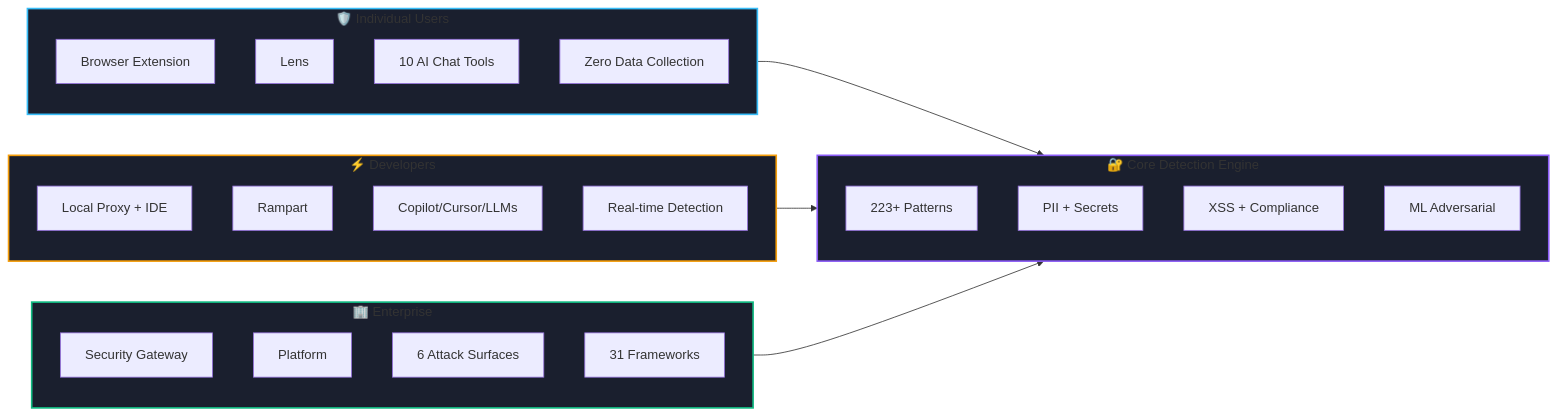
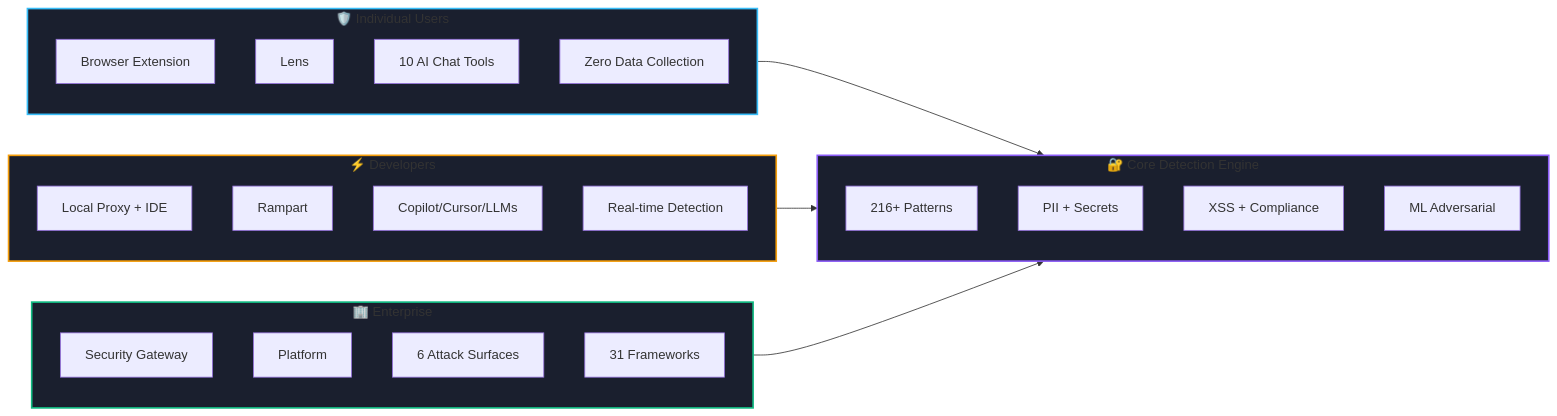
Before and after one commit to aegisgatesecurity/aegisgate-site: the diagram in content/_index.md, drawn with Mermaid. The commit also changed 15 other files, not shown here.

```diff
--- a/content/_index.md
+++ b/content/_index.md
@@ -41,39 +41,39 @@
 {{< mermaid >}}
 flowchart LR
     subgraph Individual["🛡️ Individual Users"]
         A[Browser Extension]
         A1[Lens]
         A2[10 AI Chat Tools]
         A3[Zero Data Collection]
     end
 
     subgraph Developer["⚡ Developers"]
         B[Local Proxy + IDE]
         B1[Rampart]
         B2[Copilot/Cursor/LLMs]
         B3[Real-time Detection]
     end
 
     subgraph Enterprise["🏢 Enterprise"]
         C[Security Gateway]
         C1[Platform]
         C2[6 Attack Surfaces]
         C3[31 Frameworks]
     end
 
     subgraph Core["🔐 Core Detection Engine"]
-        D[223+ Patterns]
+        D[216+ Patterns]
         D1[PII + Secrets]
         D2[XSS + Compliance]
         D3[ML Adversarial]
     end
 
     Individual --> Core
     Developer --> Core
     Enterprise --> Core
 
     style Individual fill:#1a1f2e,stroke:#38bdf8,stroke-width:2px
     style Developer fill:#1a1f2e,stroke:#f59e0b,stroke-width:2px
     style Enterprise fill:#1a1f2e,stroke:#10b981,stroke-width:2px
     style Core fill:#1a1f2e,stroke:#8b5cf6,stroke-width:2px
 {{< /mermaid >}}
```
